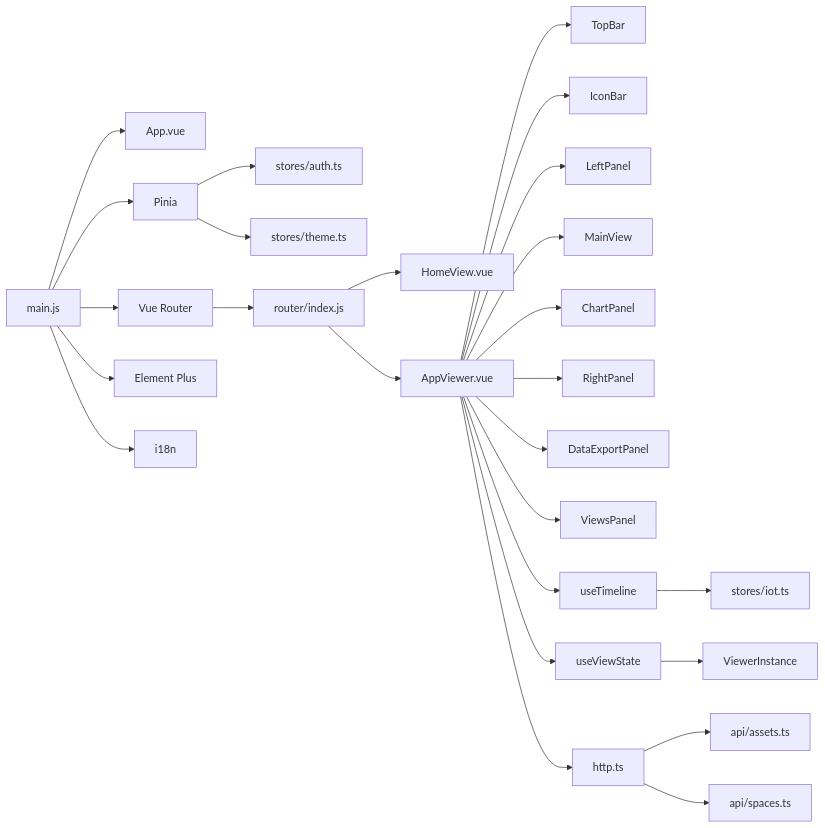
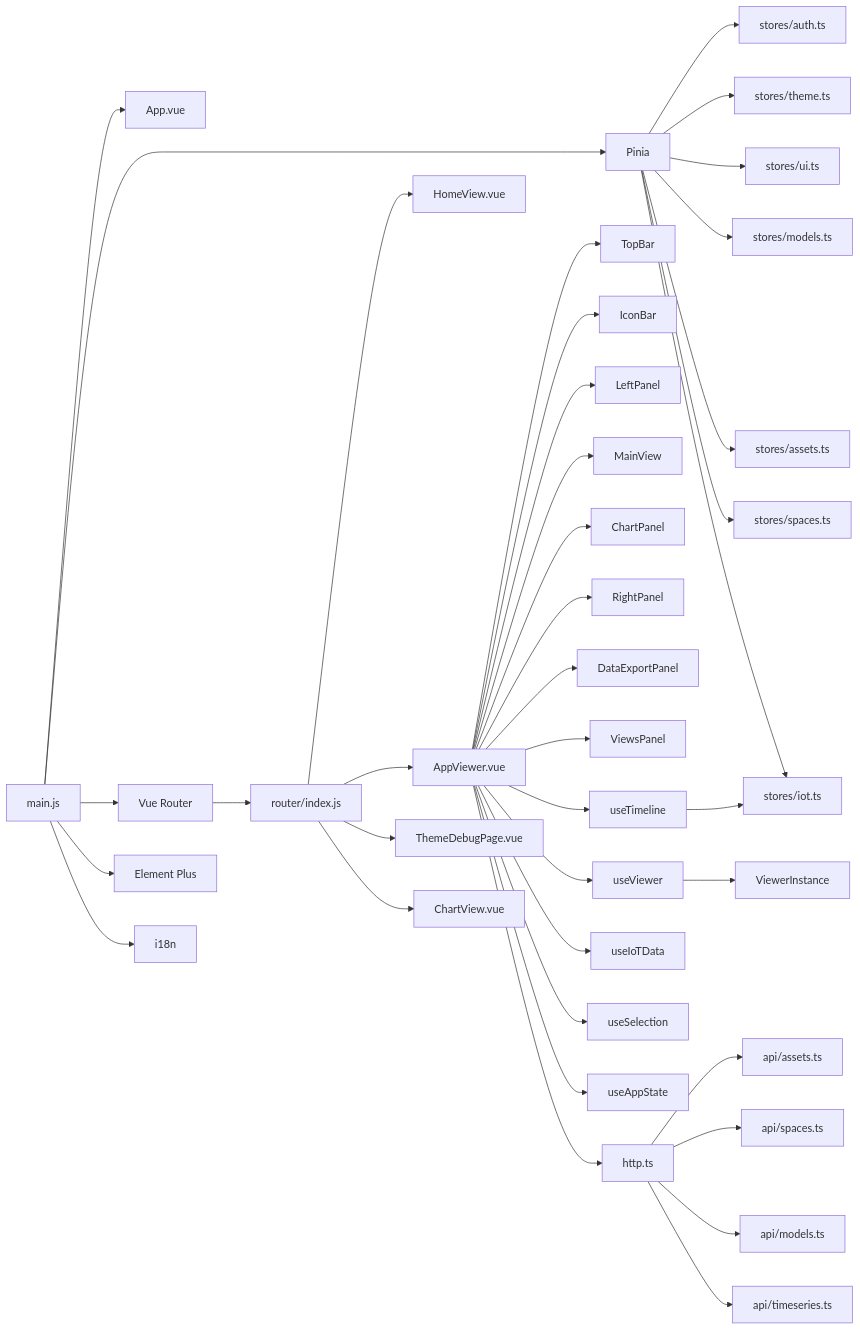
The second of 2 diagrams in .qoder/repowiki/zh/content/前端架构/前端架构.md (ideeinfo/TwinSight), drawn with Mermaid before and after one commit. The commit also changed other lines of this file and 5 other files, not shown here.

````diff
--- a/.qoder/repowiki/zh/content/前端架构/前端架构.md
+++ b/.qoder/repowiki/zh/content/前端架构/前端架构.md
@@ -134,28 +147,40 @@
 ```mermaid
 graph LR
 A[main.js] --> B[App.vue]
 A --> C[Pinia]
 A --> D[Vue Router]
 A --> E[Element Plus]
 A --> F[i18n]
 C --> G[stores/auth.ts]
 C --> H[stores/theme.ts]
-D --> I[router/index.js]
-I --> J[HomeView.vue]
-I --> K[AppViewer.vue]
-K --> L[TopBar]
-K --> M[IconBar]
-K --> N[LeftPanel]
-K --> O[MainView]
-K --> P[ChartPanel]
-K --> Q[RightPanel]
-K --> R[DataExportPanel]
-K --> S[ViewsPanel]
-K --> T[useTimeline]
-K --> U[useViewState]
-T --> V[stores/iot.ts]
-U --> W[ViewerInstance]
-K --> X[http.ts]
-X --> Y[api/assets.ts]
-X --> Z[api/spaces.ts]
+C --> I[stores/ui.ts]
+C --> J[stores/models.ts]
+C --> K[stores/assets.ts]
+C --> L[stores/spaces.ts]
+C --> M[stores/iot.ts]
+D --> N[router/index.js]
+N --> O[HomeView.vue]
+N --> P[AppViewer.vue]
+N --> Q[ThemeDebugPage.vue]
+N --> R[ChartView.vue]
+P --> S[TopBar]
+P --> T[IconBar]
+P --> U[LeftPanel]
+P --> V[MainView]
+P --> W[ChartPanel]
+P --> X[RightPanel]
+P --> Y[DataExportPanel]
+P --> Z[ViewsPanel]
+P --> AA[useTimeline]
+P --> AB[useViewer]
+P --> AC[useIoTData]
+P --> AD[useSelection]
+P --> AE[useAppState]
+AA --> M
+AB --> AF[ViewerInstance]
+P --> AG[http.ts]
+AG --> AH[api/assets.ts]
+AG --> AI[api/spaces.ts]
+AG --> AJ[api/models.ts]
+AG --> AK[api/timeseries.ts]
 ```
````
